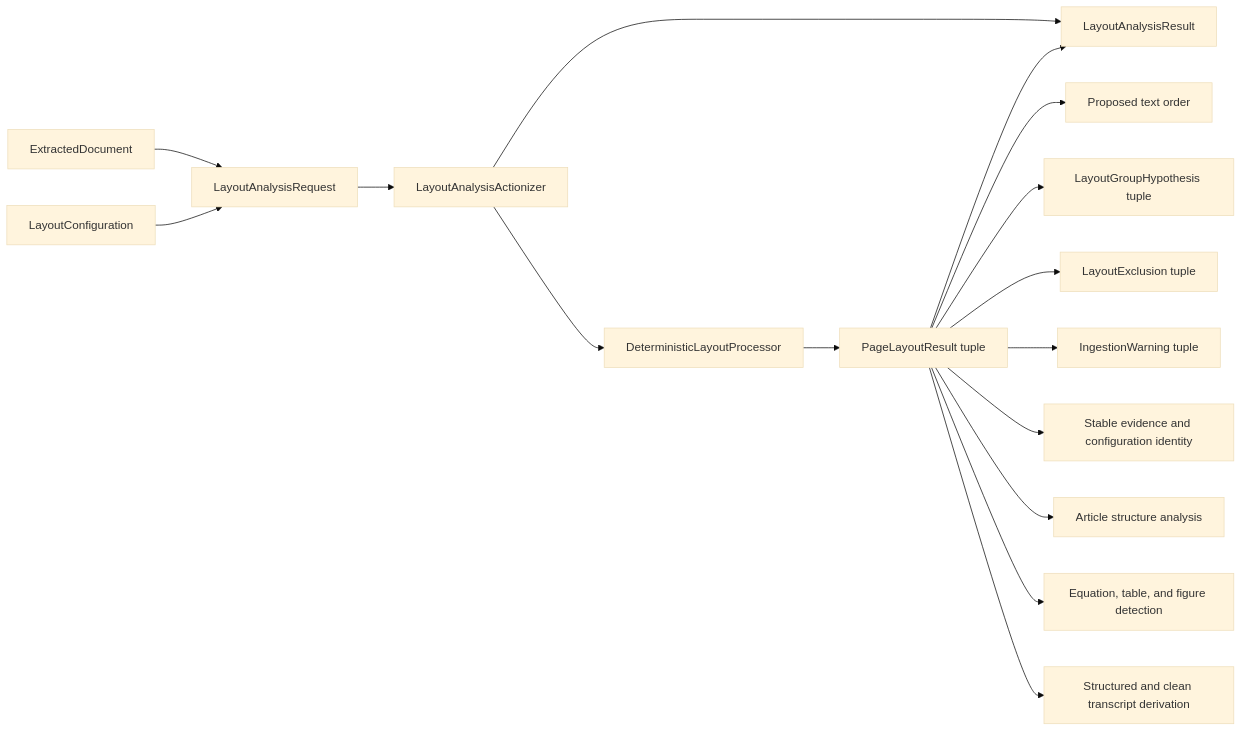
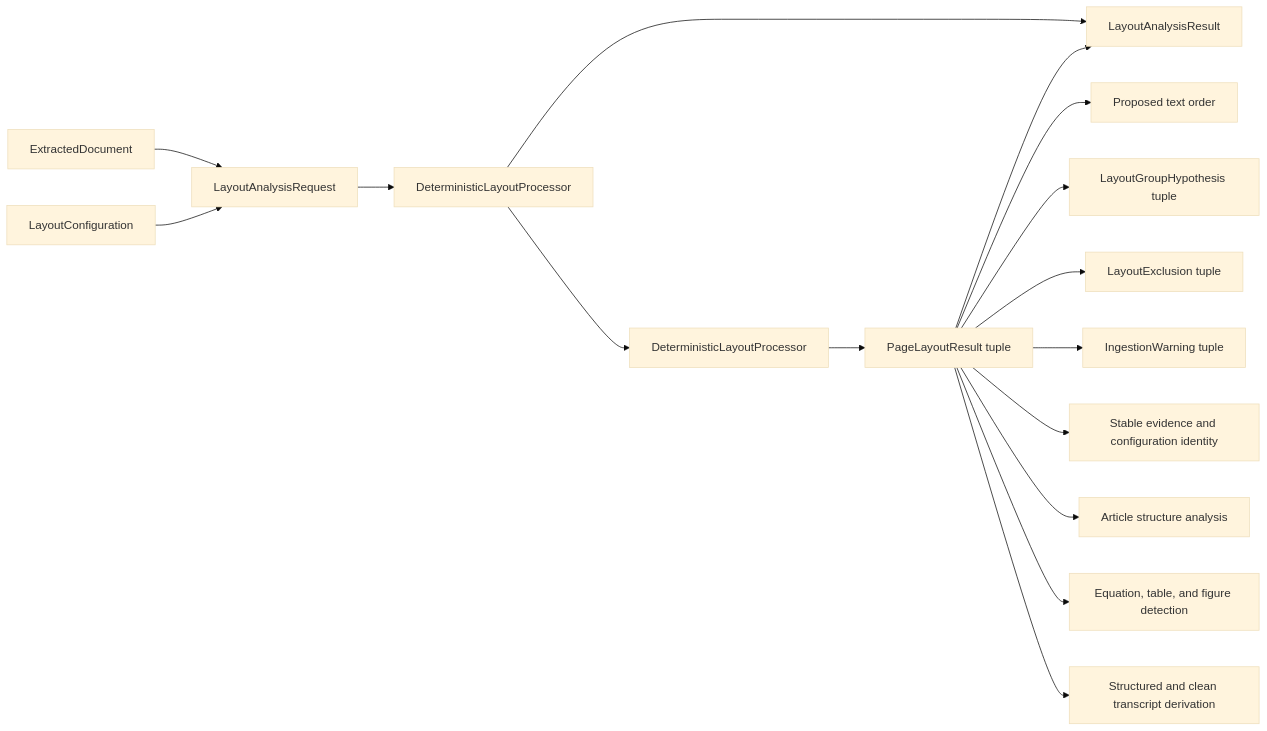
The diagram in docs/architecture/ingestion/v0/deterministic/layout/index.md (eragasa/projectkoios-ingestion), drawn with Mermaid (base theme) before and after one commit. The commit also changed other lines of this file and 7 other files, not shown here.

Commit message:
Use semantic layout processor actionizer

````diff
--- a/docs/architecture/ingestion/v0/deterministic/layout/index.md
+++ b/docs/architecture/ingestion/v0/deterministic/layout/index.md
@@ -31,20 +31,20 @@
 ```mermaid
 flowchart LR
     Document[ExtractedDocument] --> Request[LayoutAnalysisRequest]
     Config[LayoutConfiguration] --> Request
-    Request --> Actionizer[LayoutAnalysisActionizer]
+    Request --> Actionizer[DeterministicLayoutProcessor]
     Actionizer --> ActionResult[LayoutAnalysisResult]
     Actionizer --> Processor[DeterministicLayoutProcessor]
     Processor --> Result[PageLayoutResult tuple]
     Result --> ActionResult
 
     Result --> Order[Proposed text order]
     Result --> Groups[LayoutGroupHypothesis tuple]
     Result --> Exclusions[LayoutExclusion tuple]
     Result --> Warnings[IngestionWarning tuple]
     Result --> Identity[Stable evidence and configuration identity]
 
     Result --> Structure[Article structure analysis]
     Result --> Candidates[Equation, table, and figure detection]
     Result --> Transcript[Structured and clean transcript derivation]
 ```
````
